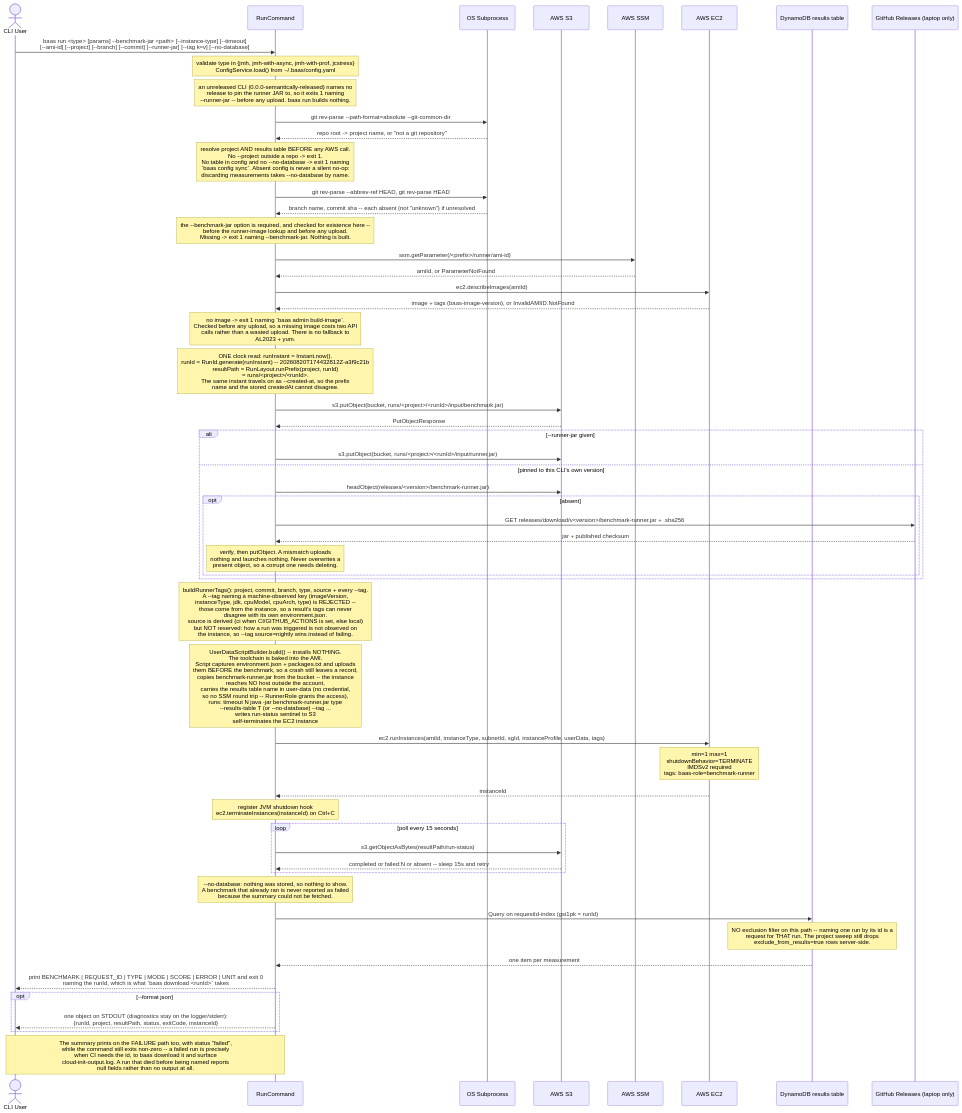
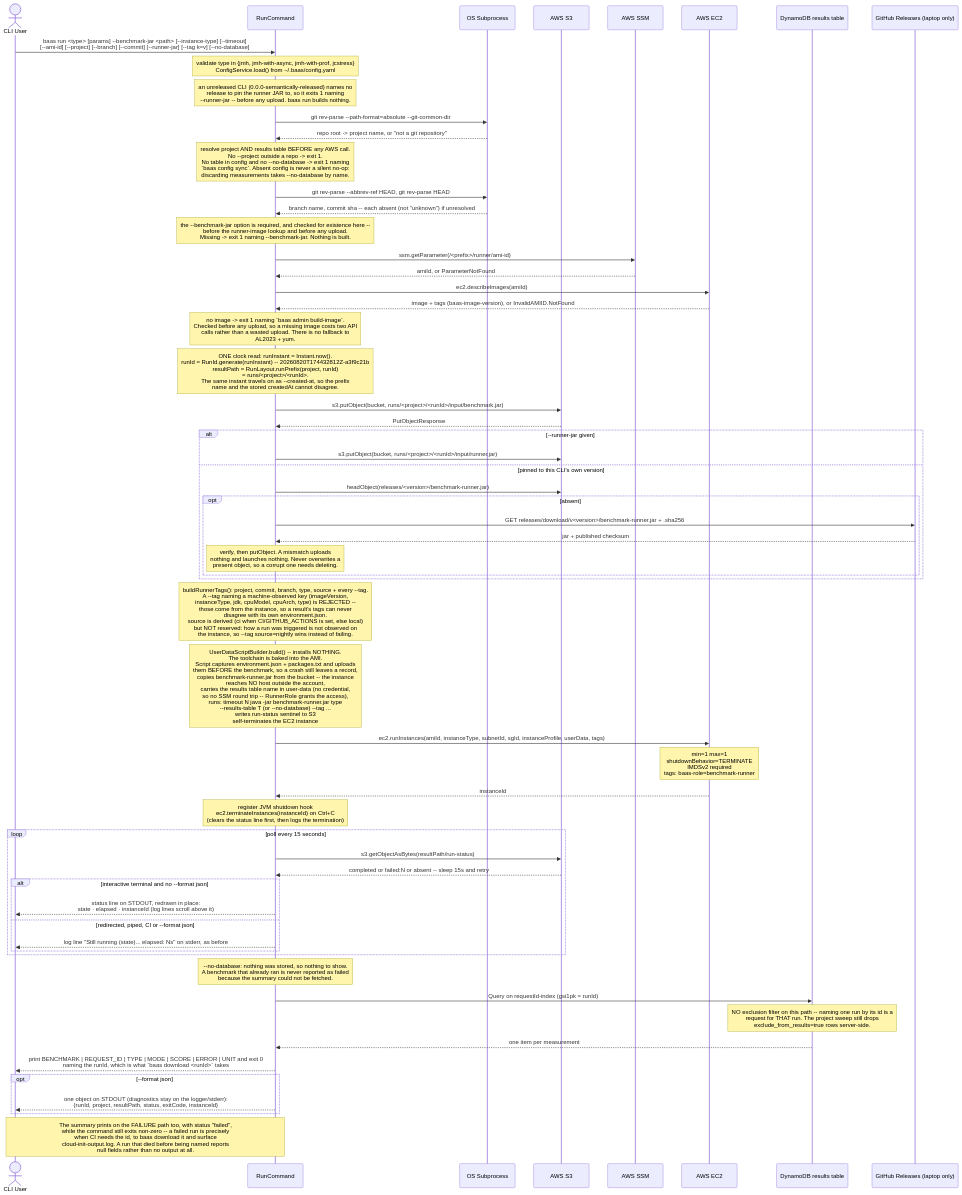
Before and after one commit to wsztajerowski/benchmark-as-a-service: the diagram in docs/diagrams/baas-run.mmd, drawn with Mermaid. The commit also changed 25 other files, not shown here.

```diff
--- a/docs/diagrams/baas-run.mmd
+++ b/docs/diagrams/baas-run.mmd
@@ -1,56 +1,61 @@
 sequenceDiagram
     actor User as CLI User
     participant RC as RunCommand
     participant Sub as OS Subprocess
     participant S3 as AWS S3
     participant SSM as AWS SSM
     participant EC2 as AWS EC2
     participant DDB as DynamoDB results table
     participant GH as GitHub Releases (laptop only)
 
     User->>RC: baas run <type> [params] --benchmark-jar <path> [--instance-type] [--timeout]<br/>[--ami-id] [--project] [--branch] [--commit] [--runner-jar] [--tag k=v] [--no-database]
     Note over RC: validate type in {jmh, jmh-with-async, jmh-with-prof, jcstress}<br/>ConfigService.load() from ~/.baas/config.yaml
     Note over RC: an unreleased CLI (0.0.0-semantically-released) names no<br/>release to pin the runner JAR to, so it exits 1 naming<br/>--runner-jar -- before any upload. baas run builds nothing.
     RC->>Sub: git rev-parse --path-format=absolute --git-common-dir
     Sub-->>RC: repo root -> project name, or "not a git repository"
     Note over RC: resolve project AND results table BEFORE any AWS call.<br/>No --project outside a repo -> exit 1.<br/>No table in config and no --no-database -> exit 1 naming<br/>`baas config sync`. Absent config is never a silent no-op:<br/>discarding measurements takes --no-database by name.
     RC->>Sub: git rev-parse --abbrev-ref HEAD, git rev-parse HEAD
     Sub-->>RC: branch name, commit sha -- each absent (not "unknown") if unresolved
     Note over RC: the --benchmark-jar option is required, and checked for existence here --<br/>before the runner-image lookup and before any upload.<br/>Missing -> exit 1 naming --benchmark-jar. Nothing is built.
     RC->>SSM: ssm.getParameter(/<prefix>/runner/ami-id)
     SSM-->>RC: amiId, or ParameterNotFound
     RC->>EC2: ec2.describeImages(amiId)
     EC2-->>RC: image + tags (baas-image-version), or InvalidAMIID.NotFound
     Note over RC: no image -> exit 1 naming `baas admin build-image`.<br/>Checked before any upload, so a missing image costs two API<br/>calls rather than a wasted upload. There is no fallback to<br/>AL2023 + yum.
     Note over RC: ONE clock read: runInstant = Instant.now().<br/>runId = RunId.generate(runInstant) -- 20260820T174432812Z-a3f9c21b<br/>resultPath = RunLayout.runPrefix(project, runId)<br/>= runs/<project>/<runId>.<br/>The same instant travels on as --created-at, so the prefix<br/>name and the stored createdAt cannot disagree.
     RC->>S3: s3.putObject(bucket, runs/<project>/<runId>/input/benchmark.jar)
     S3-->>RC: PutObjectResponse
     alt --runner-jar given
         RC->>S3: s3.putObject(bucket, runs/<project>/<runId>/input/runner.jar)
     else pinned to this CLI's own version
         RC->>S3: headObject(releases/<version>/benchmark-runner.jar)
         opt absent
             RC->>GH: GET releases/download/v<version>/benchmark-runner.jar + .sha256
             GH-->>RC: jar + published checksum
             Note over RC: verify, then putObject. A mismatch uploads<br/>nothing and launches nothing. Never overwrites a<br/>present object, so a corrupt one needs deleting.
         end
     end
     Note over RC: buildRunnerTags(): project, commit, branch, type, source + every --tag.<br/>A --tag naming a machine-observed key (imageVersion,<br/>instanceType, jdk, cpuModel, cpuArch, type) is REJECTED --<br/>those come from the instance, so a result's tags can never<br/>disagree with its own environment.json.<br/>source is derived (ci when CI/GITHUB_ACTIONS is set, else local)<br/>but NOT reserved: how a run was triggered is not observed on<br/>the instance, so --tag source=nightly wins instead of failing.
     Note over RC: UserDataScriptBuilder.build() -- installs NOTHING.<br/>The toolchain is baked into the AMI.<br/>Script captures environment.json + packages.txt and uploads<br/>them BEFORE the benchmark, so a crash still leaves a record,<br/>copies benchmark-runner.jar from the bucket -- the instance<br/>reaches NO host outside the account,<br/>carries the results table name in user-data (no credential,<br/>so no SSM round trip -- RunnerRole grants the access),<br/>runs: timeout N java -jar benchmark-runner.jar type<br/>--results-table T (or --no-database) --tag ... <br/>writes run-status sentinel to S3<br/>self-terminates the EC2 instance
     RC->>EC2: ec2.runInstances(amiId, instanceType, subnetId, sgId, instanceProfile, userData, tags)
     Note over EC2: min=1 max=1<br/>shutdownBehavior=TERMINATE<br/>IMDSv2 required<br/>tags: baas-role=benchmark-runner
     EC2-->>RC: instanceId
-    Note over RC: register JVM shutdown hook<br/>ec2.terminateInstances(instanceId) on Ctrl+C
+    Note over RC: register JVM shutdown hook<br/>ec2.terminateInstances(instanceId) on Ctrl+C<br/>(clears the status line first, then logs the termination)
     loop poll every 15 seconds
         RC->>S3: s3.getObjectAsBytes(resultPath/run-status)
         S3-->>RC: completed or failed:N or absent -- sleep 15s and retry
+        alt interactive terminal and no --format json
+            RC-->>User: status line on STDOUT, redrawn in place:<br/>state · elapsed · instanceId (log lines scroll above it)
+        else redirected, piped, CI or --format json
+            RC-->>User: log line "Still running (state)... elapsed: Ns" on stderr, as before
+        end
     end
     Note over RC: --no-database: nothing was stored, so nothing to show.<br/>A benchmark that already ran is never reported as failed<br/>because the summary could not be fetched.
     RC->>DDB: Query on requestId-index (gsi1pk = runId)
     Note over DDB: NO exclusion filter on this path -- naming one run by its id is a<br/>request for THAT run. The project sweep still drops<br/>exclude_from_results=true rows server-side.
     DDB-->>RC: one item per measurement
     RC-->>User: print BENCHMARK | REQUEST_ID | TYPE | MODE | SCORE | ERROR | UNIT and exit 0<br/>naming the runId, which is what `baas download <runId>` takes
     opt --format json
         RC-->>User: one object on STDOUT (diagnostics stay on the logger/stderr):<br/>{runId, project, resultPath, status, exitCode, instanceId}
     end
     Note over RC,User: The summary prints on the FAILURE path too, with status "failed",<br/>while the command still exits non-zero -- a failed run is precisely<br/>when CI needs the id, to baas download it and surface<br/>cloud-init-output.log. A run that died before being named reports<br/>null fields rather than no output at all.
```
